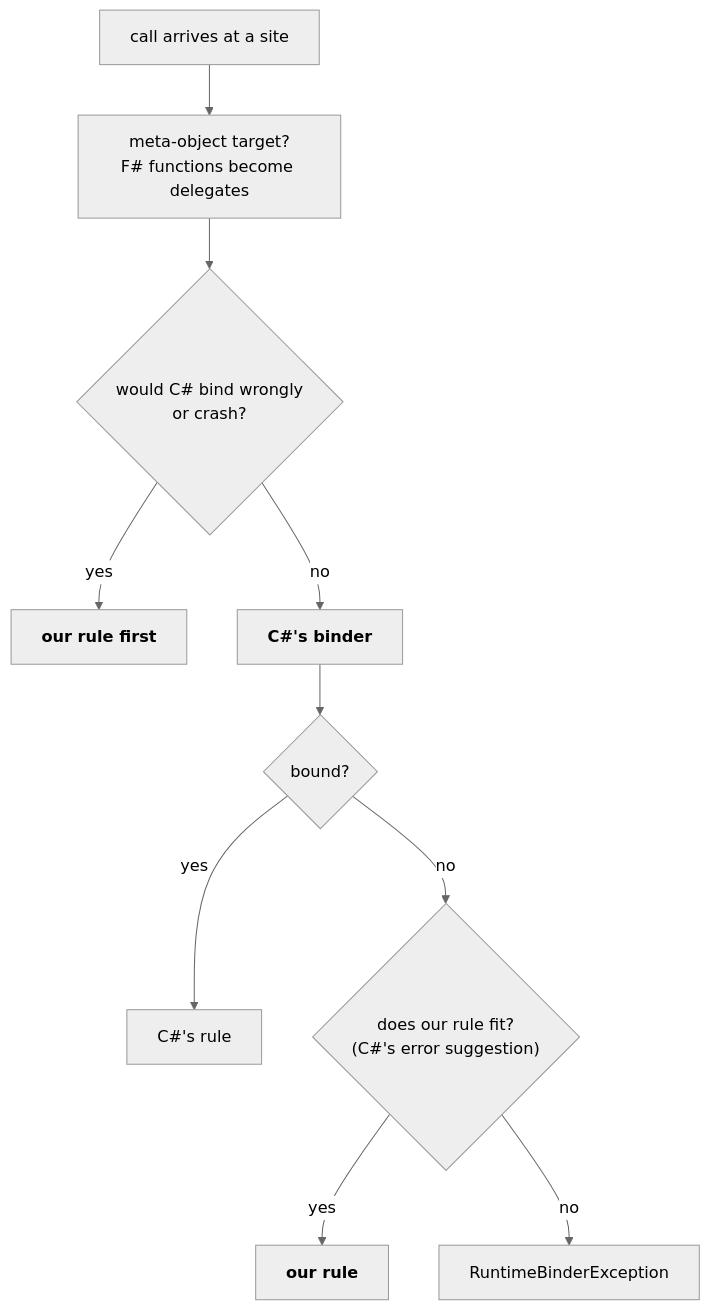
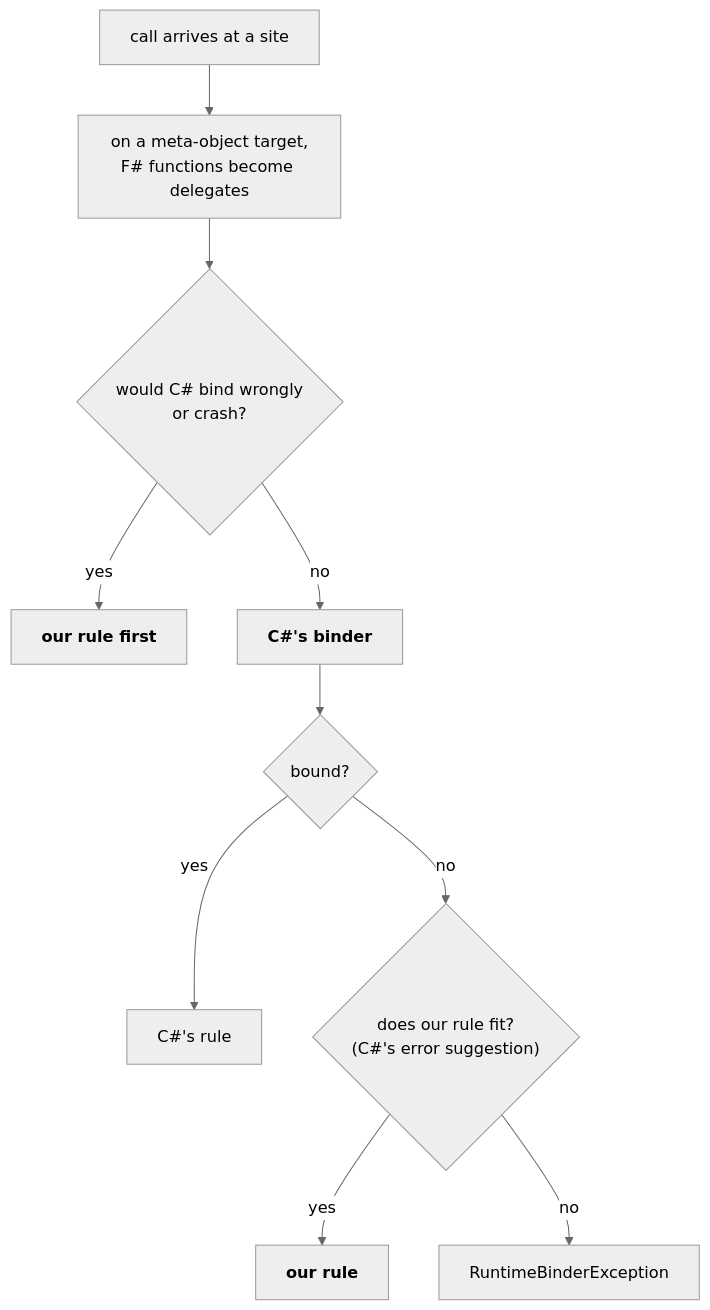
One commit to ekonbenefits/FSharp.Interop.Dlr changed the diagram in docs/binders.md. Above: the diagram before and after it, drawn with Mermaid (neutral theme). The commit also changed 1 other file, not shown here.

Commit message:
translation.md: the output after the four sections, not beside them; binders.md: the meta-object box is a step, not a question
Both diagrams rendered with mermaid-cli to check the layout.

````diff
--- a/docs/binders.md
+++ b/docs/binders.md
@@ -21,21 +21,21 @@
 ```mermaid
 flowchart TD
     arrive["call arrives at a site"]
-    meta["meta-object target?<br/>F# functions become delegates"]
+    meta["on a meta-object target,<br/>F# functions become delegates"]
     wrong{"would C# bind wrongly<br/>or crash?"}
     ours1["<b>our rule first</b>"]
     csharp["<b>C#'s binder</b>"]
     ok{"bound?"}
     done["C#'s rule"]
     suggest{"does our rule fit?<br/>(C#'s error suggestion)"}
     ours2["<b>our rule</b>"]
     err["RuntimeBinderException"]
 
     arrive --> meta --> wrong
     wrong -- yes --> ours1
     wrong -- no --> csharp --> ok
     ok -- yes --> done
     ok -- no --> suggest
     suggest -- yes --> ours2
     suggest -- no --> err
 ```
````
